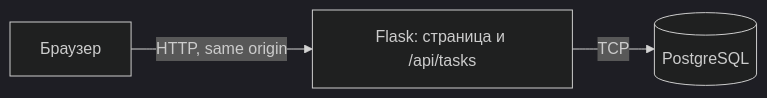
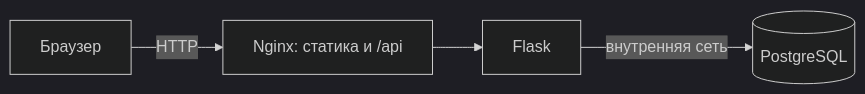
One commit to fadeeey/clouds-labs changed the diagram in README.md. Above: the diagram before and after it, drawn with Mermaid (dark theme). The commit also changed other lines of this file and 11 other files, not shown here.

````diff
--- a/README.md
+++ b/README.md
@@ -38,5 +36,6 @@
 ```mermaid
 flowchart LR
-  B[Браузер] -->|HTTP, same origin| F[Flask: страница и /api/tasks]
-  F -->|TCP| P[(PostgreSQL)]
+  B[Браузер] -->|HTTP| N[Nginx: статика и /api]
+  N --> F[Flask]
+  F -->|внутренняя сеть| P[(PostgreSQL)]
 ```
````
